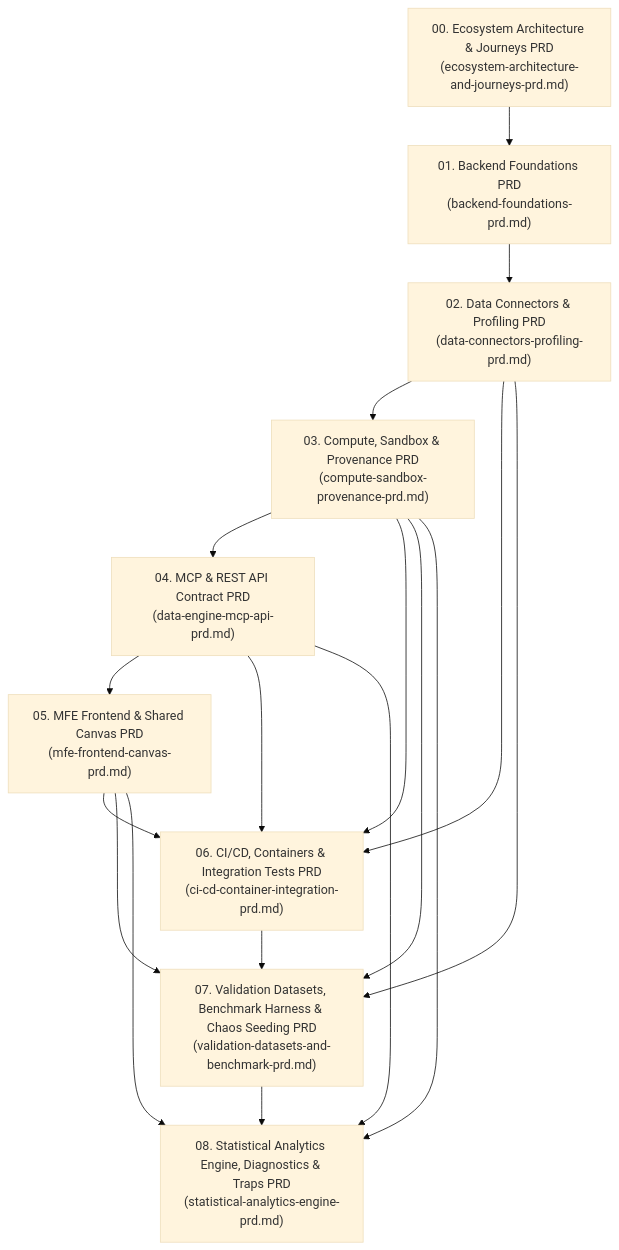
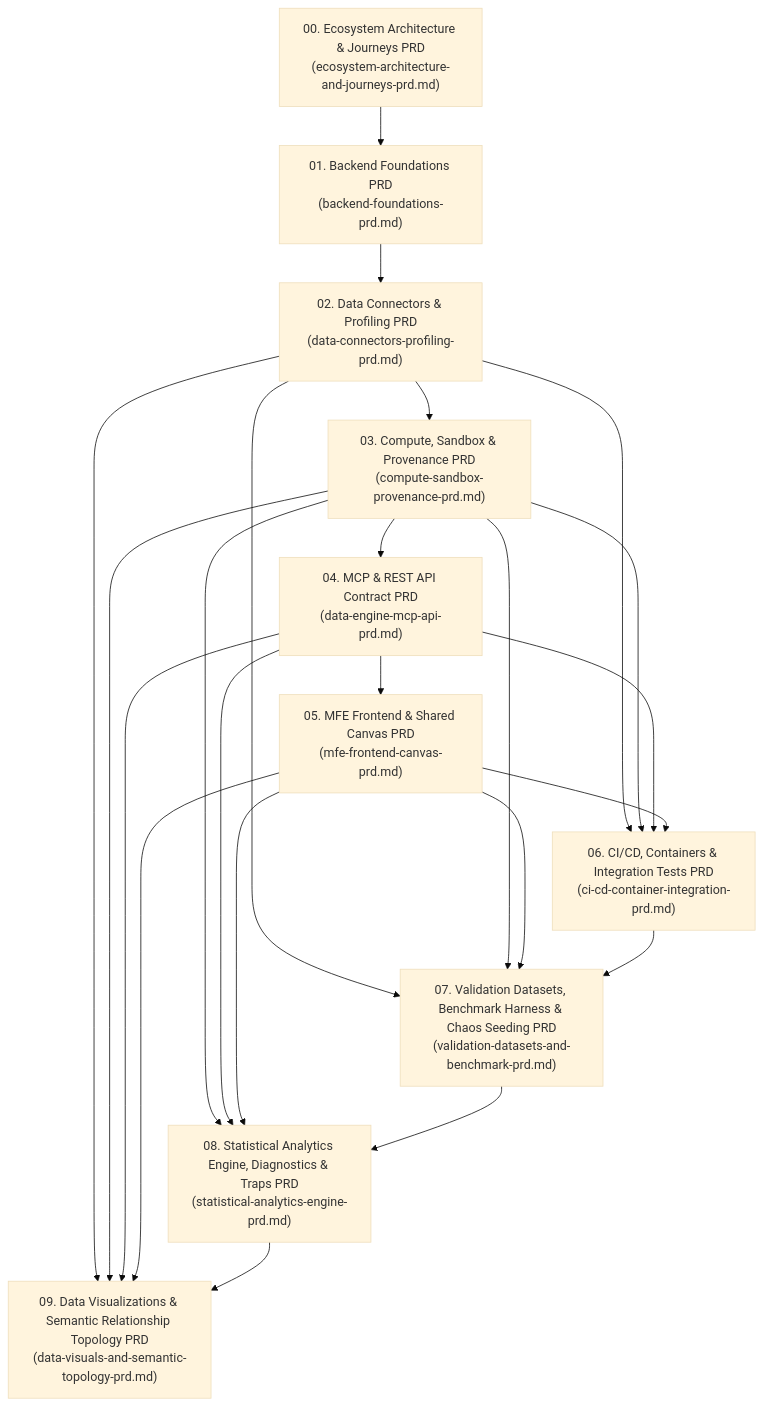
One commit to PolecatWorks/data-engine changed the diagram in spec/prds/README.md. Above: the diagram before and after it, drawn with Mermaid (base theme). The commit also changed other lines of this file and 8 other files, not shown here.

Commit message:
docs(prd,spec): add PRD 09 and draft TDD specs 13-15 for data visuals & semantic topology

````diff
--- a/spec/prds/README.md
+++ b/spec/prds/README.md
@@ -9,11 +9,12 @@
 ```mermaid
 flowchart TD
     ECO["00. Ecosystem Architecture & Journeys PRD\n(ecosystem-architecture-and-journeys-prd.md)"] --> A["01. Backend Foundations PRD\n(backend-foundations-prd.md)"]
     A --> B["02. Data Connectors & Profiling PRD\n(data-connectors-profiling-prd.md)"]
     B --> C["03. Compute, Sandbox & Provenance PRD\n(compute-sandbox-provenance-prd.md)"]
     C --> D["04. MCP & REST API Contract PRD\n(data-engine-mcp-api-prd.md)"]
     D --> E["05. MFE Frontend & Shared Canvas PRD\n(mfe-frontend-canvas-prd.md)"]
     B & C & D & E --> F["06. CI/CD, Containers & Integration Tests PRD\n(ci-cd-container-integration-prd.md)"]
     B & C & E & F --> G["07. Validation Datasets, Benchmark Harness & Chaos Seeding PRD\n(validation-datasets-and-benchmark-prd.md)"]
     C & D & E & G --> H["08. Statistical Analytics Engine, Diagnostics & Traps PRD\n(statistical-analytics-engine-prd.md)"]
+    B & C & D & E & H --> I["09. Data Visualizations & Semantic Relationship Topology PRD\n(data-visuals-and-semantic-topology-prd.md)"]
 ```
````
